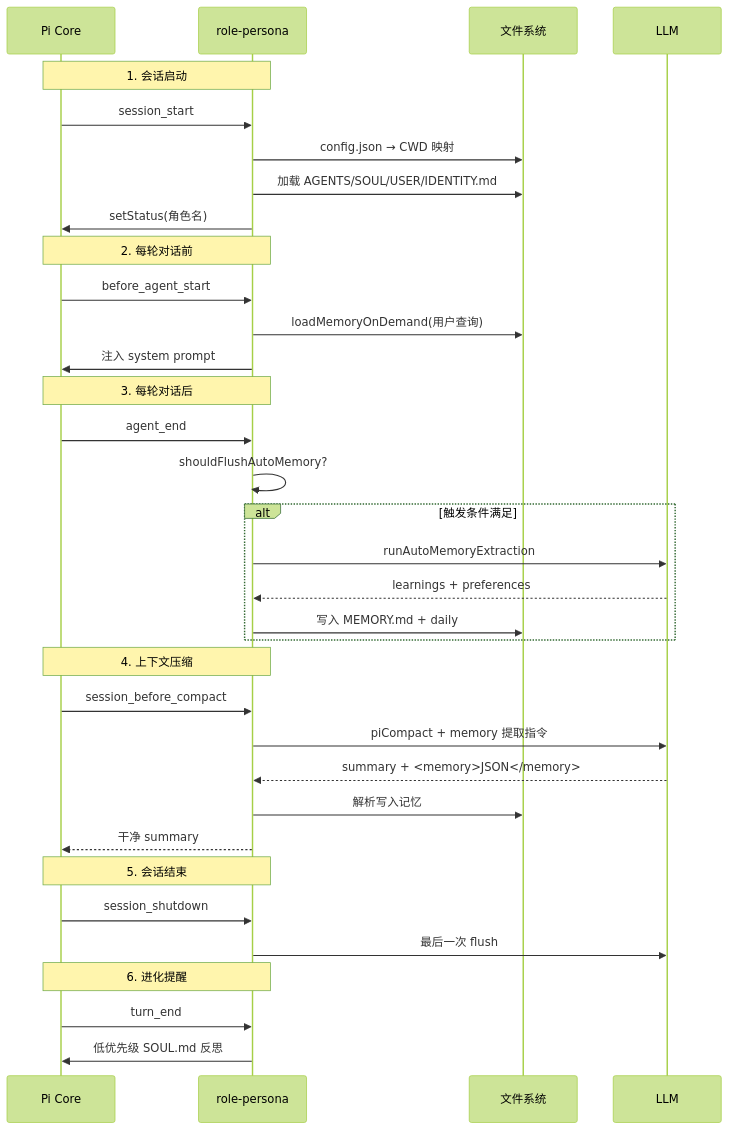
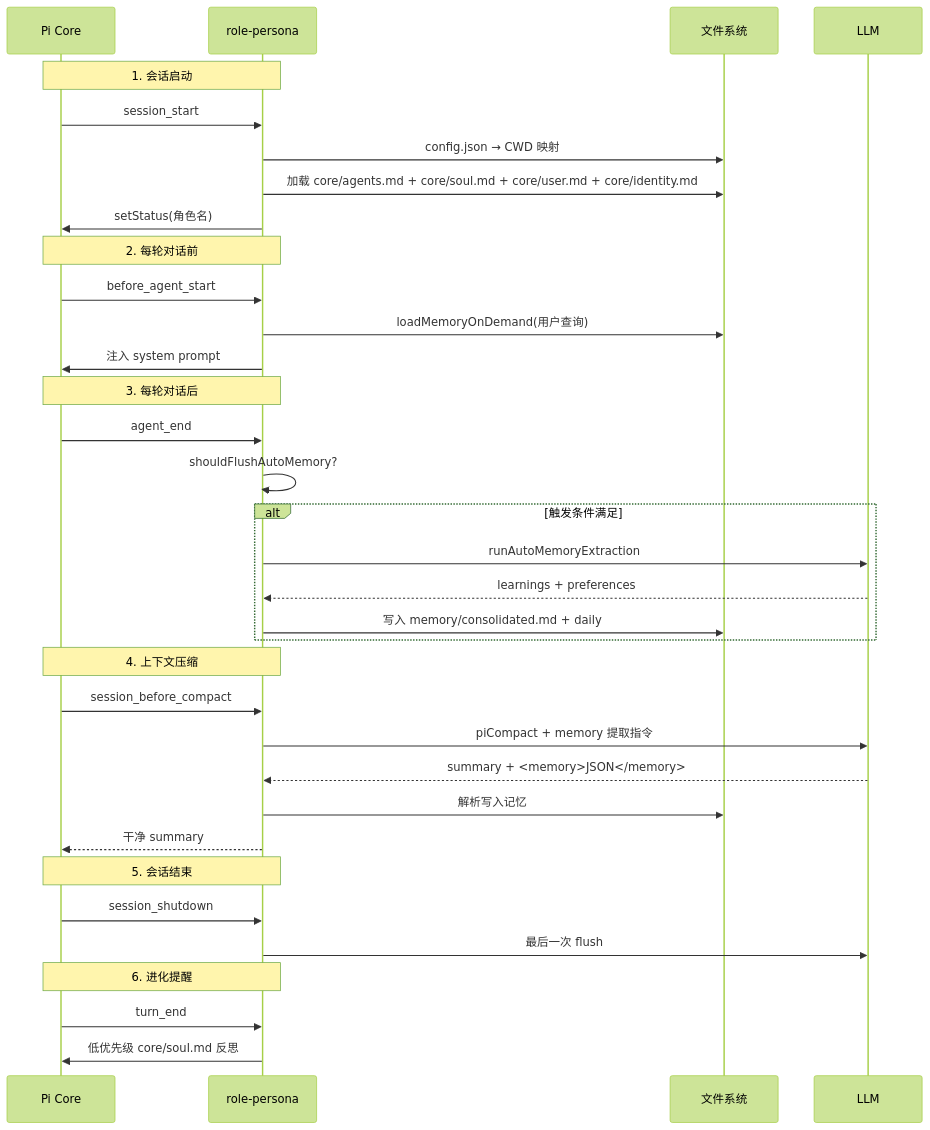
One commit to Dwsy/agent changed the second of 5 diagrams in extensions/role-persona/README.md. Above: the diagram before and after it, drawn with Mermaid (forest theme). The commit also changed other lines of this file and 12 other files, not shown here.

First line of the commit message:
feat(role-persona): refactor role system architecture with new directory structure

````diff
--- a/extensions/role-persona/README.md
+++ b/extensions/role-persona/README.md
@@ -116,42 +116,42 @@
 ```mermaid
 sequenceDiagram
     participant PI as Pi Core
     participant RP as role-persona
     participant FS as 文件系统
     participant LLM as LLM
 
     Note over PI,RP: 1. 会话启动
     PI->>RP: session_start
     RP->>FS: config.json → CWD 映射
-    RP->>FS: 加载 AGENTS/SOUL/USER/IDENTITY.md
+    RP->>FS: 加载 core/agents.md + core/soul.md + core/user.md + core/identity.md
     RP->>PI: setStatus(角色名)
 
     Note over PI,RP: 2. 每轮对话前
     PI->>RP: before_agent_start
     RP->>FS: loadMemoryOnDemand(用户查询)
     RP->>PI: 注入 system prompt
 
     Note over PI,RP: 3. 每轮对话后
     PI->>RP: agent_end
     RP->>RP: shouldFlushAutoMemory?
     alt 触发条件满足
         RP->>LLM: runAutoMemoryExtraction
         LLM-->>RP: learnings + preferences
-        RP->>FS: 写入 MEMORY.md + daily
+        RP->>FS: 写入 memory/consolidated.md + daily
     end
 
     Note over PI,RP: 4. 上下文压缩
     PI->>RP: session_before_compact
     RP->>LLM: piCompact + memory 提取指令
     LLM-->>RP: summary + <memory>JSON</memory>
     RP->>FS: 解析写入记忆
     RP-->>PI: 干净 summary
 
     Note over PI,RP: 5. 会话结束
     PI->>RP: session_shutdown
     RP->>LLM: 最后一次 flush
 
     Note over PI,RP: 6. 进化提醒
     PI->>RP: turn_end
-    RP->>PI: 低优先级 SOUL.md 反思
+    RP->>PI: 低优先级 core/soul.md 反思
 ```
````
